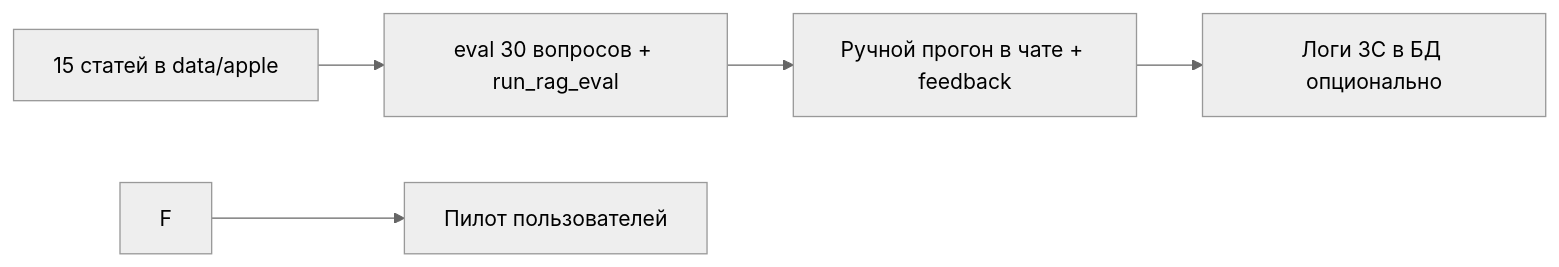
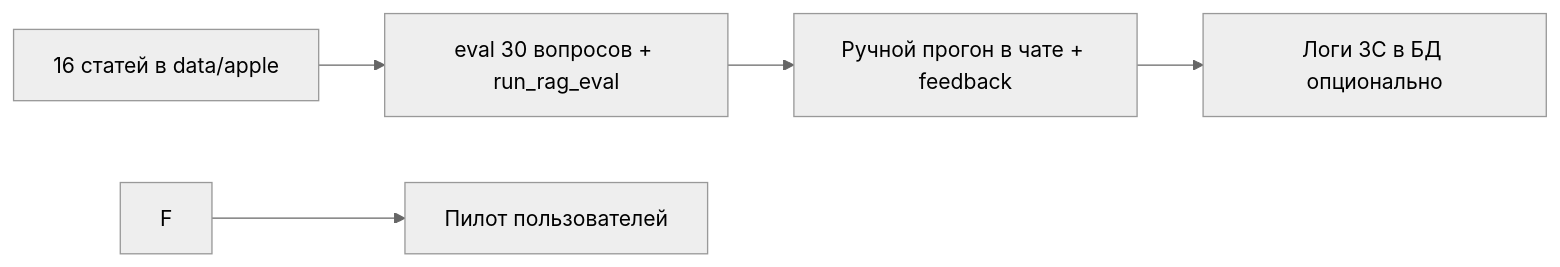
The diagram in docs/knowledge-base/quality-eval-and-rag-logs.md (kantik001/grounded_horticulture_en), drawn with Mermaid (neutral theme) before and after one commit. The commit also changed other lines of this file and 6 other files, not shown here.

First line of the commit message:
docs: sync 16 apple articles, README Docker, gitignore eval results

````diff
--- a/docs/knowledge-base/quality-eval-and-rag-logs.md
+++ b/docs/knowledge-base/quality-eval-and-rag-logs.md
@@ -132,7 +132,7 @@
 ```mermaid
 flowchart LR
-    A[15 статей в data/apple] --> B[eval 30 вопросов + run_rag_eval]
+    A[16 статей в data/apple] --> B[eval 30 вопросов + run_rag_eval]
     B --> C[Ручной прогон в чате + feedback]
     C --> D[Логи 3C в БД опционально]
     F --> G[Пилот пользователей]
 ```
````
